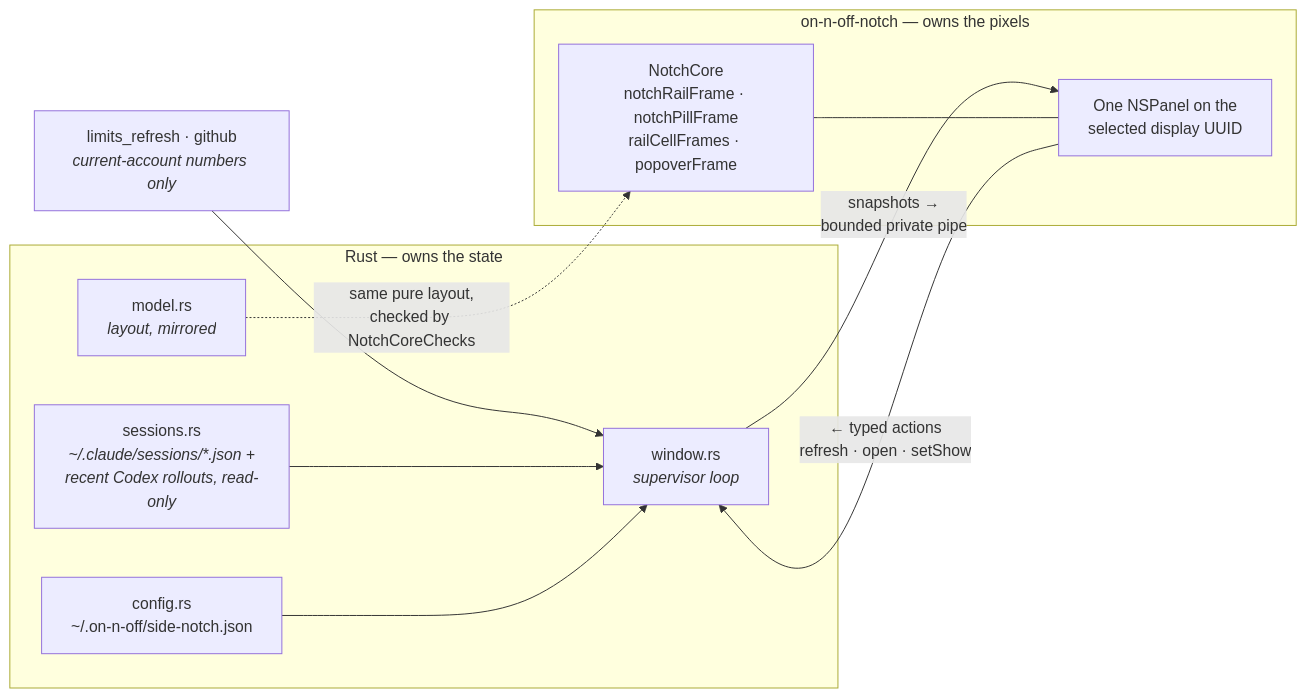
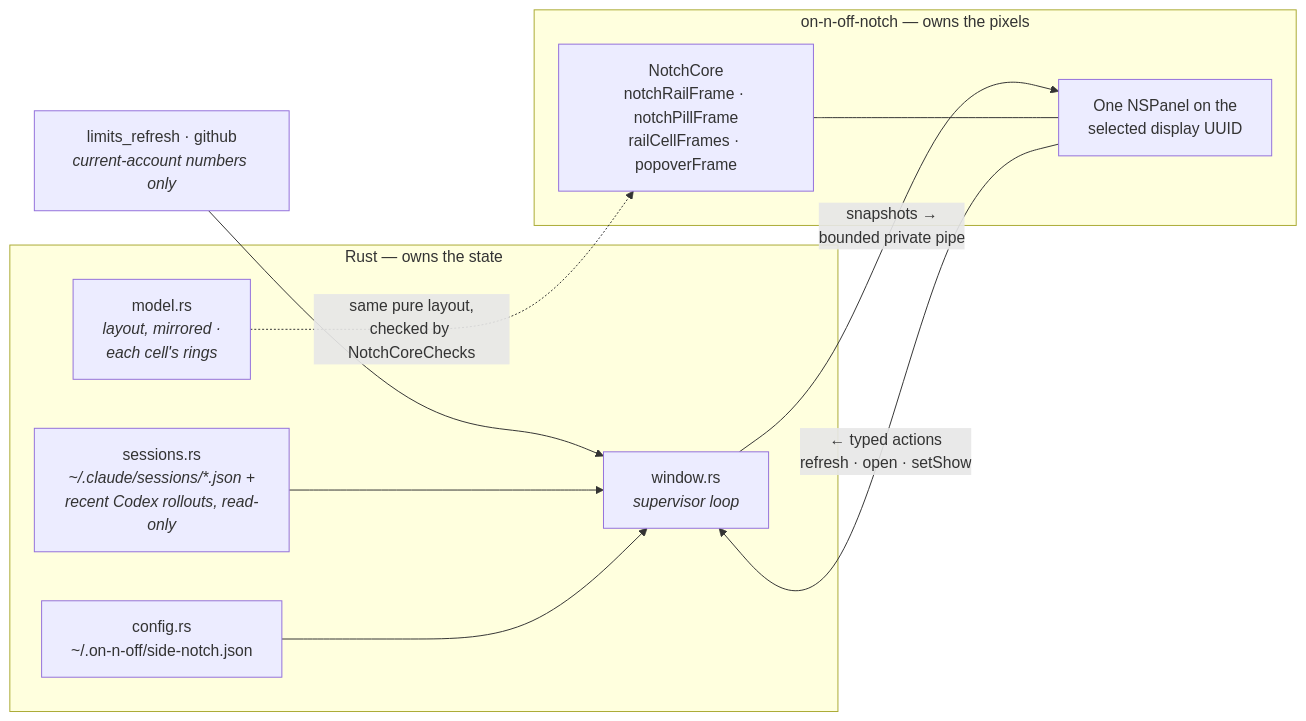
Before and after one commit to giostriquer/on-n-off: the diagram in docs/architecture/side-notch.md, drawn with Mermaid. The commit also changed other lines of this file and 44 other files, not shown here.

````diff
--- a/docs/architecture/side-notch.md
+++ b/docs/architecture/side-notch.md
@@ -13,24 +13,24 @@
 ```mermaid
 flowchart LR
     subgraph rust["Rust — owns the state"]
         cfg["config.rs<br/>~/.on-n-off/side-notch.json"]
         win["window.rs<br/><i>supervisor loop</i>"]
         sess["sessions.rs<br/><i>~/.claude/sessions/*.json +<br/>recent Codex rollouts, read-only</i>"]
-        model["model.rs<br/><i>layout, mirrored</i>"]
+        model["model.rs<br/><i>layout, mirrored ·<br/>each cell's rings</i>"]
     end
 
     subgraph helper["on-n-off-notch — owns the pixels"]
         core["NotchCore<br/>notchRailFrame · notchPillFrame<br/>railCellFrames · popoverFrame"]
         panel["One NSPanel on the<br/>selected display UUID"]
     end
 
     reads["limits_refresh · github<br/><i>current-account numbers only</i>"]
 
     reads --> win
     sess --> win
     cfg --> win
     win -->|"snapshots →<br/>bounded private pipe"| panel
     panel -->|"← typed actions<br/>refresh · open · setShow"| win
     core --- panel
     model -.->|"same pure layout,<br/>checked by NotchCoreChecks"| core
 ```
````
